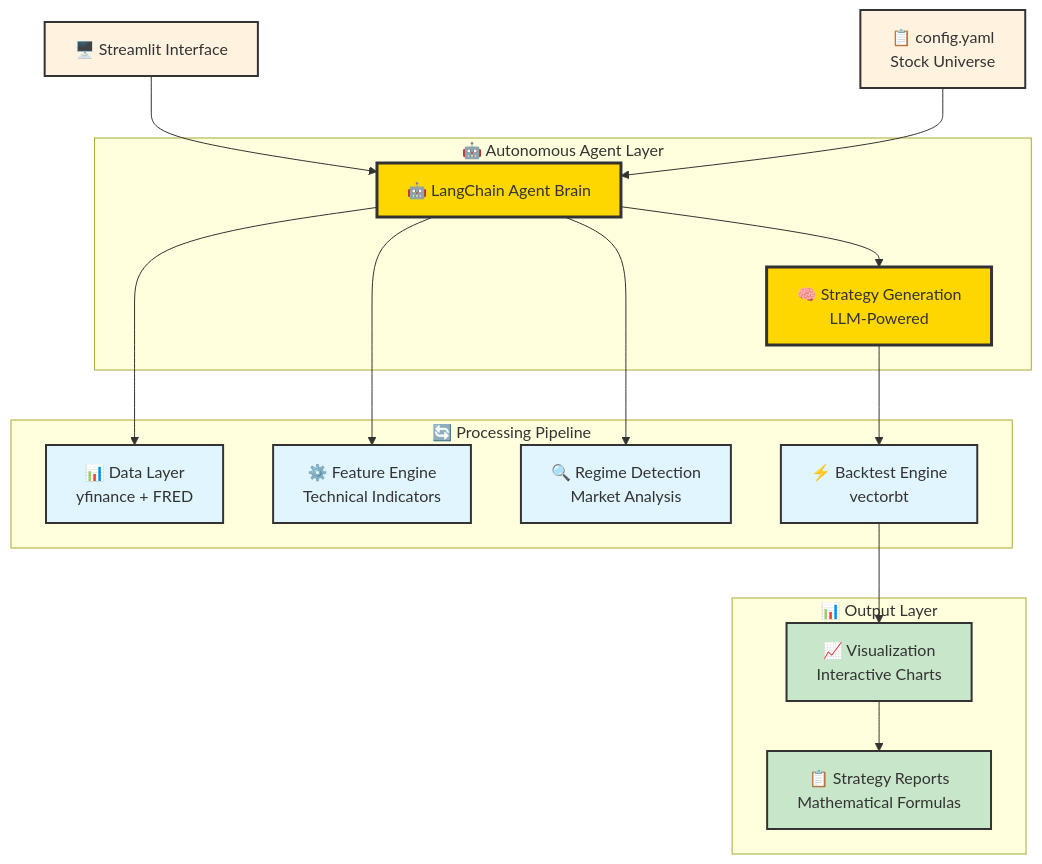
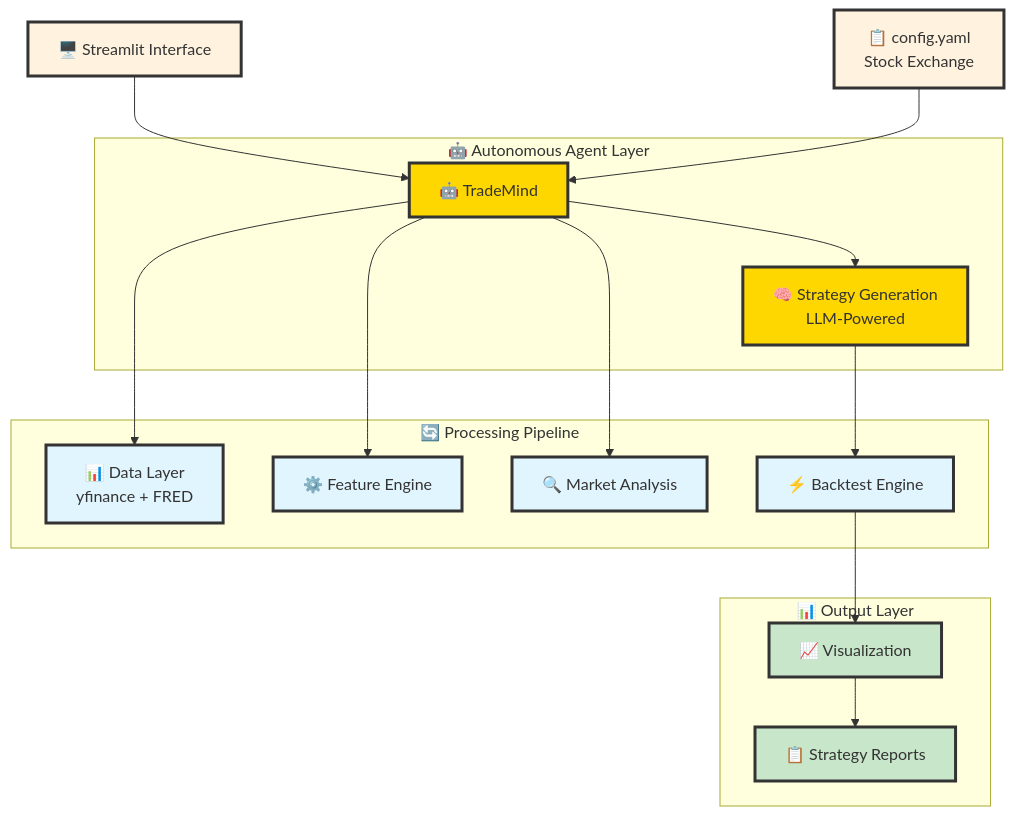
The diagram in README.md (Priyaanshucodez/TradeMind), drawn with Mermaid before and after one commit.

````diff
--- a/README.md
+++ b/README.md
@@ -43,41 +43,41 @@
 ```mermaid
 flowchart TB
-    UI[🖥️ Streamlit Interface] --> AGENT[🤖 LangChain Agent Brain]
-    CONFIG[📋 config.yaml<br/>Stock Universe] --> AGENT
+    UI[🖥️ Streamlit Interface] --> AGENT[🤖 TradeMind]
+    CONFIG[📋 config.yaml<br/>Stock Exchange] --> AGENT
     
     AGENT --> DL[📊 Data Layer<br/>yfinance + FRED]
-    AGENT --> FE[⚙️ Feature Engine<br/>Technical Indicators]
-    AGENT --> RD[🔍 Regime Detection<br/>Market Analysis]
+    AGENT --> FE[⚙️ Feature Engine]
+    AGENT --> RD[🔍 Market Analysis]
     AGENT --> SG[🧠 Strategy Generation<br/>LLM-Powered]
     
-    SG --> BT[⚡ Backtest Engine<br/>vectorbt]
-    BT --> VIZ[📈 Visualization<br/>Interactive Charts]
-    VIZ --> RESULTS[📋 Strategy Reports<br/>Mathematical Formulas]
+    SG --> BT[⚡ Backtest Engine]
+    BT --> VIZ[📈 Visualization]
+    VIZ --> RESULTS[📋 Strategy Reports]
     
     subgraph "🤖 Autonomous Agent Layer"
         AGENT
         SG
     end
     
     subgraph "🔄 Processing Pipeline"
         DL
         FE
         RD
         BT
     end
     
     subgraph "📊 Output Layer"
         VIZ
         RESULTS
     end
     
     classDef agent fill:#ffd700,stroke:#333,stroke-width:3px
-    classDef process fill:#e1f5fe,stroke:#333,stroke-width:2px
-    classDef output fill:#c8e6c9,stroke:#333,stroke-width:2px
-    classDef input fill:#fff3e0,stroke:#333,stroke-width:2px
+    classDef process fill:#e1f5fe,stroke:#333,stroke-width:3px
+    classDef output fill:#c8e6c9,stroke:#333,stroke-width:3px
+    classDef input fill:#fff3e0,stroke:#333,stroke-width:3px
     
     class UI,CONFIG input
     class AGENT,SG agent
     class DL,FE,RD,BT process
     class VIZ,RESULTS output
 ```
````
